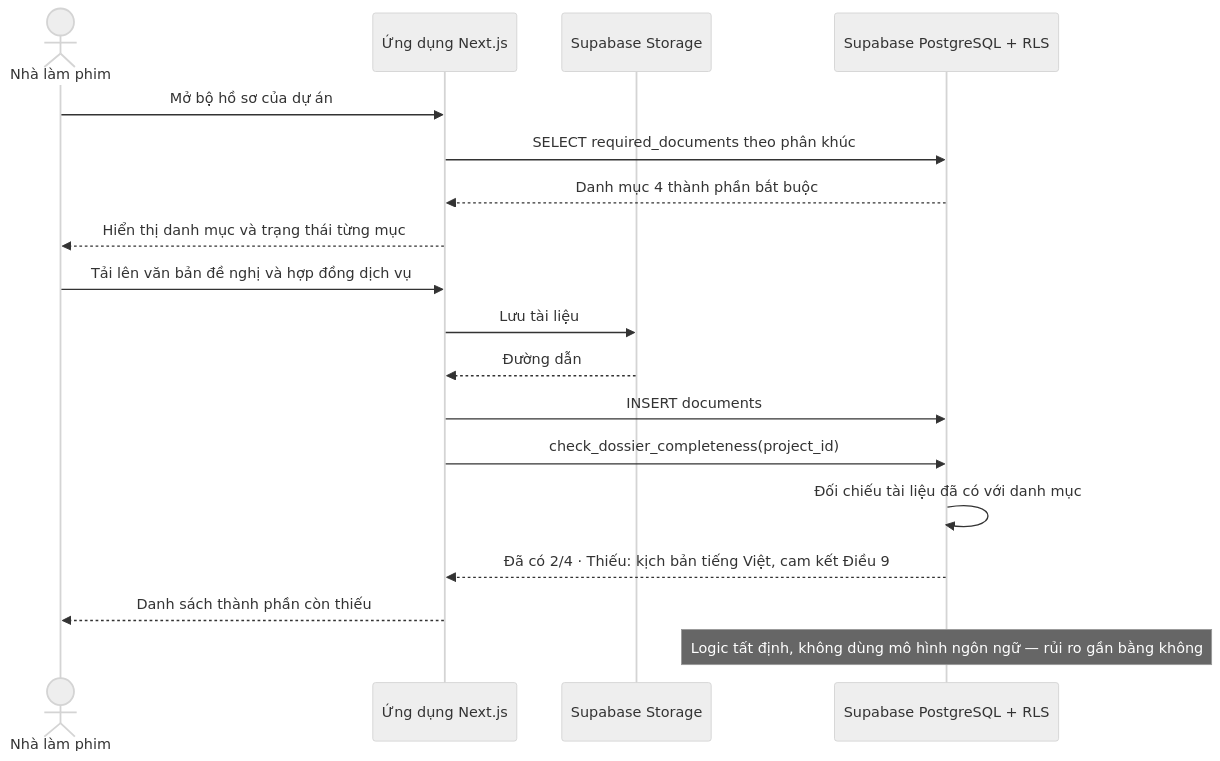
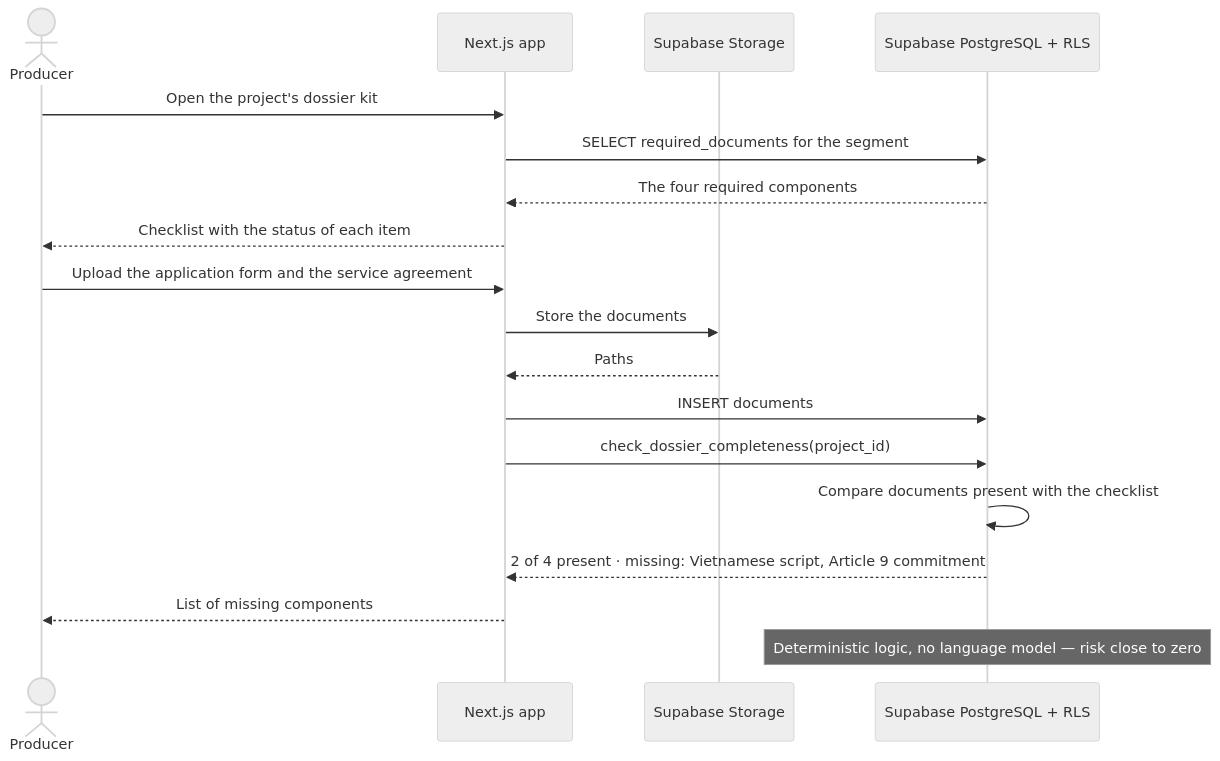
The eighth of 12 diagrams in docs/architecture/sequence-diagrams.md (namnt2005/CINEMATCH-DBIZ3.TeamC), drawn with Mermaid (neutral theme) before and after one commit. The commit also changed other lines of this file and 92 other files, not shown here.

````diff
--- a/docs/architecture/sequence-diagrams.md
+++ b/docs/architecture/sequence-diagrams.md
@@ -236,21 +237,21 @@
 ```mermaid
 sequenceDiagram
-    actor U as Nhà làm phim
-    participant FE as Ứng dụng Next.js
+    actor U as Producer
+    participant FE as Next.js app
     participant ST as Supabase Storage
     participant DB as Supabase PostgreSQL + RLS
 
-    U->>FE: Mở bộ hồ sơ của dự án
-    FE->>DB: SELECT required_documents theo phân khúc
-    DB-->>FE: Danh mục 4 thành phần bắt buộc
-    FE-->>U: Hiển thị danh mục và trạng thái từng mục
-    U->>FE: Tải lên văn bản đề nghị và hợp đồng dịch vụ
-    FE->>ST: Lưu tài liệu
-    ST-->>FE: Đường dẫn
+    U->>FE: Open the project's dossier kit
+    FE->>DB: SELECT required_documents for the segment
+    DB-->>FE: The four required components
+    FE-->>U: Checklist with the status of each item
+    U->>FE: Upload the application form and the service agreement
+    FE->>ST: Store the documents
+    ST-->>FE: Paths
     FE->>DB: INSERT documents
     FE->>DB: check_dossier_completeness(project_id)
-    DB->>DB: Đối chiếu tài liệu đã có với danh mục
-    DB-->>FE: Đã có 2/4 · Thiếu: kịch bản tiếng Việt, cam kết Điều 9
-    FE-->>U: Danh sách thành phần còn thiếu
-    Note over DB: Logic tất định, không dùng mô hình ngôn ngữ — rủi ro gần bằng không
+    DB->>DB: Compare documents present with the checklist
+    DB-->>FE: 2 of 4 present · missing: Vietnamese script, Article 9 commitment
+    FE-->>U: List of missing components
+    Note over DB: Deterministic logic, no language model — risk close to zero
 ```
````
